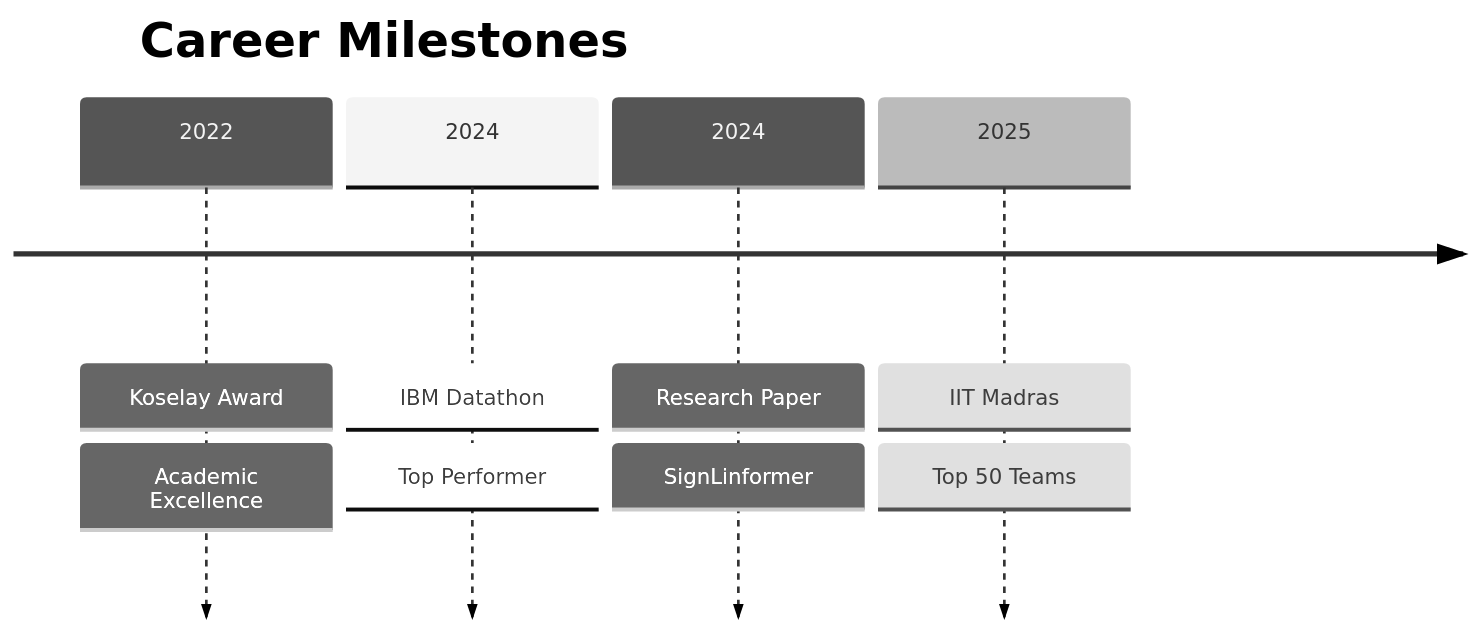
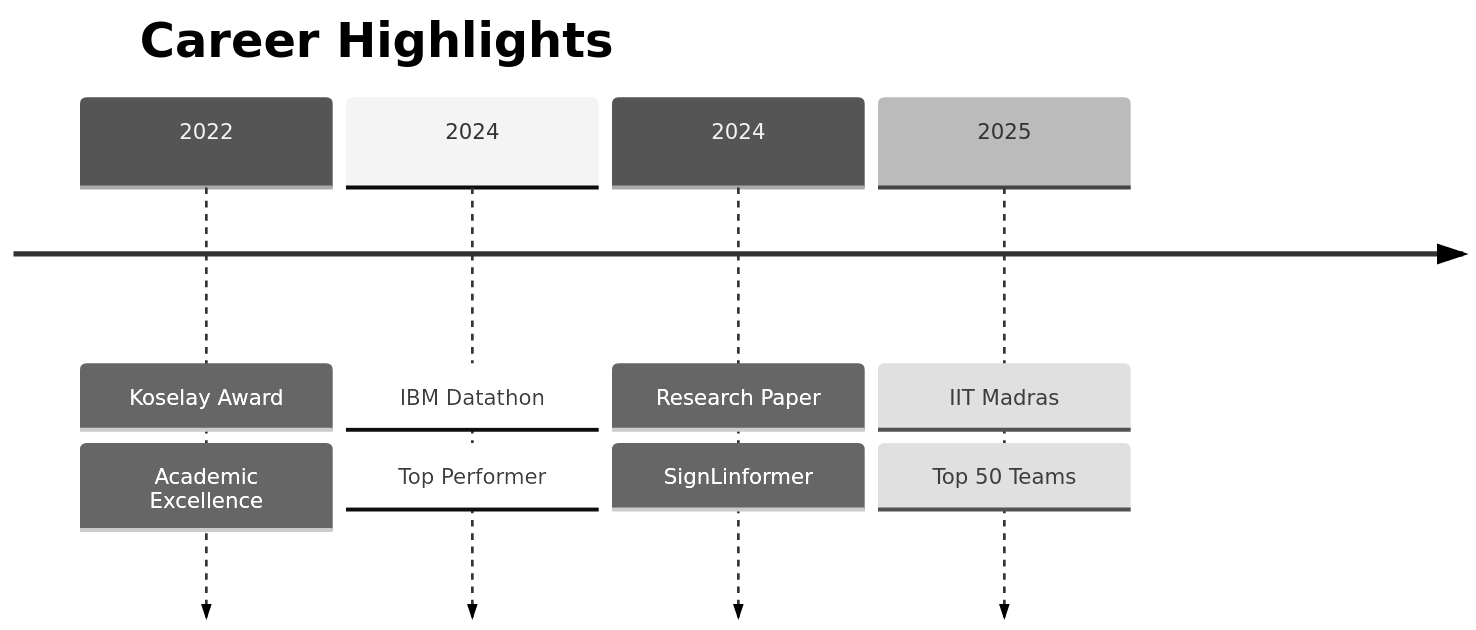
The fourth of 4 diagrams in README.md (ganesha360/ganesha360), drawn with Mermaid (neutral theme) before and after one commit. The commit also changed other lines of this file, not shown here.

````diff
--- a/README.md
+++ b/README.md
@@ -93,8 +77,8 @@
 ```mermaid
 timeline
-    title Career Milestones
+    title Career Highlights
     2022 : Koselay Award : Academic Excellence
     2024 : IBM Datathon : Top Performer
     2024 : Research Paper : SignLinformer
     2025 : IIT Madras : Top 50 Teams
 ```
````
